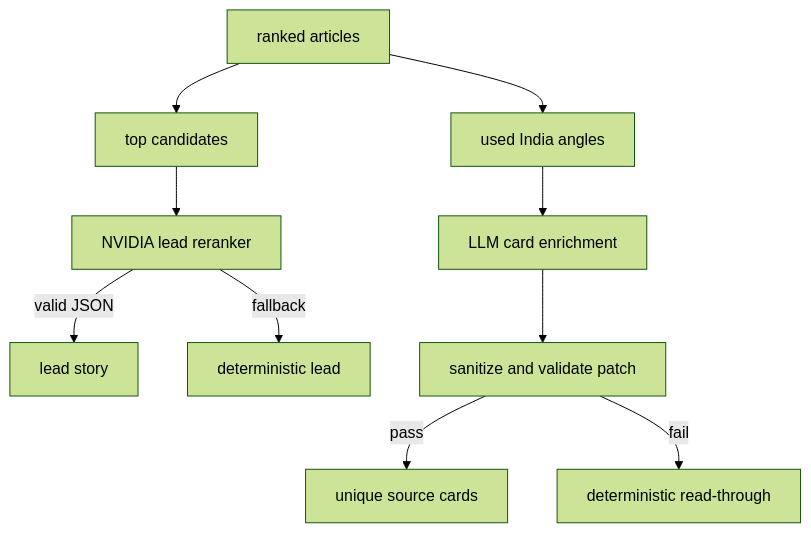
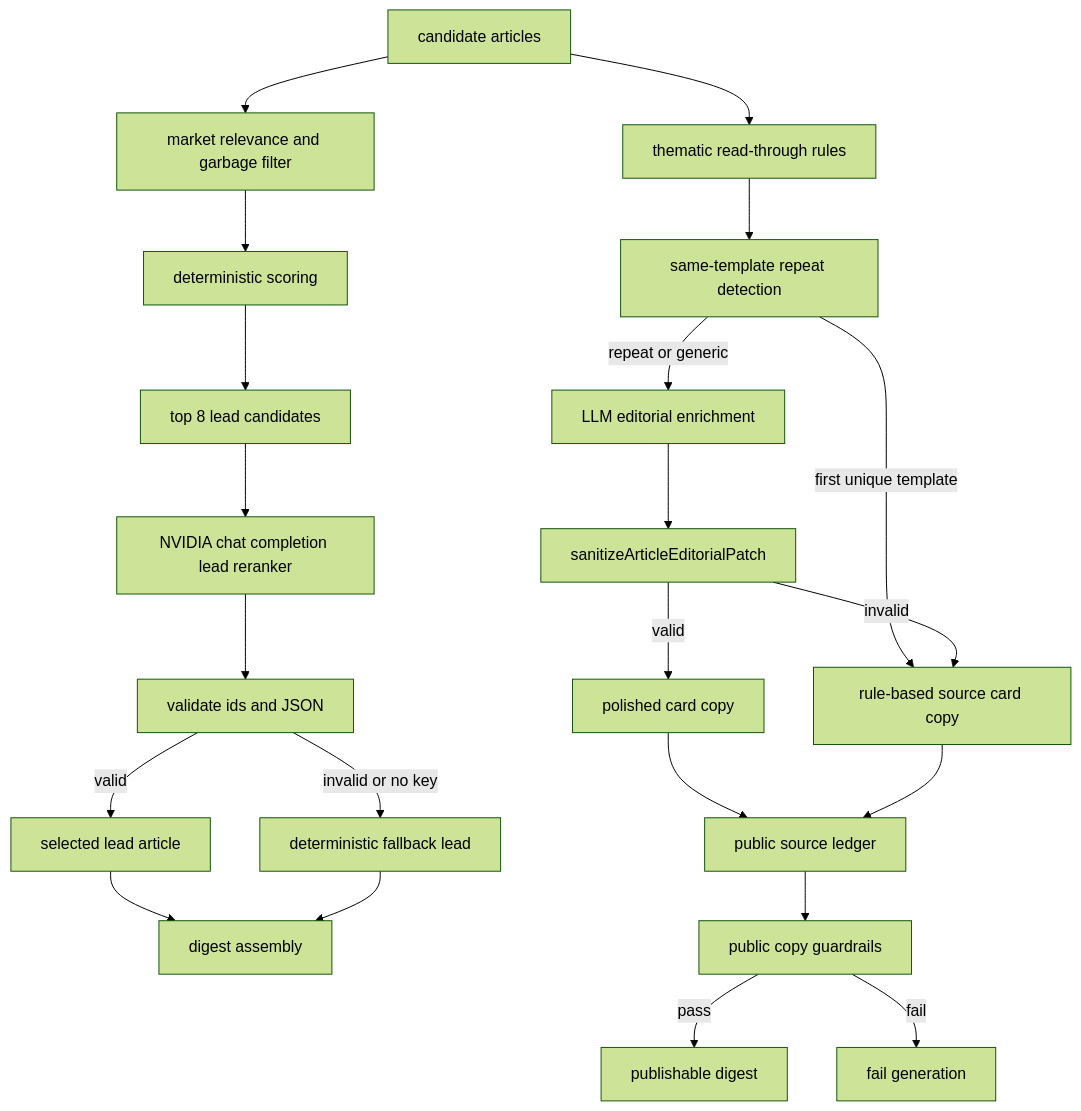
The diagram in context/architecture-diagrams/03-llm-enrichment-pipeline.mmd (Abheydeep/marketNews), drawn with Mermaid (forest theme) before and after one commit. The commit also changed 11 other files, not shown here.

Commit message:
chore(context): improve diagrams and stage logging

```diff
--- a/context/architecture-diagrams/03-llm-enrichment-pipeline.mmd
+++ b/context/architecture-diagrams/03-llm-enrichment-pipeline.mmd
@@ -1,10 +1,25 @@
 flowchart TD
-  Articles[ranked articles] --> Shortlist[top candidates]
-  Shortlist --> LeadAgent[NVIDIA lead reranker]
-  LeadAgent -->|valid JSON| Lead[lead story]
-  LeadAgent -->|fallback| Deterministic[deterministic lead]
-  Articles --> UsedAngles[used India angles]
-  UsedAngles --> Enricher[LLM card enrichment]
-  Enricher --> Validate[sanitize and validate patch]
-  Validate -->|pass| Cards[unique source cards]
-  Validate -->|fail| Fallback[deterministic read-through]
+  Articles["candidate articles"] --> Filter["market relevance and garbage filter"]
+  Filter --> Score["deterministic scoring"]
+  Score --> Shortlist["top 8 lead candidates"]
+
+  Shortlist --> LeadAgent["NVIDIA chat completion lead reranker"]
+  LeadAgent --> ValidateLead["validate ids and JSON"]
+  ValidateLead -->|valid| Lead["selected lead article"]
+  ValidateLead -->|invalid or no key| DeterministicLead["deterministic fallback lead"]
+
+  Articles --> Templates["thematic read-through rules"]
+  Templates --> RepeatCheck["same-template repeat detection"]
+  RepeatCheck -->|first unique template| DeterministicCopy["rule-based source card copy"]
+  RepeatCheck -->|repeat or generic| EditorialAgent["LLM editorial enrichment"]
+  EditorialAgent --> Sanitize["sanitizeArticleEditorialPatch"]
+  Sanitize -->|valid| Polished["polished card copy"]
+  Sanitize -->|invalid| DeterministicCopy
+
+  Lead --> Digest["digest assembly"]
+  DeterministicLead --> Digest
+  Polished --> SourceLedger["public source ledger"]
+  DeterministicCopy --> SourceLedger
+  SourceLedger --> CopyGuard["public copy guardrails"]
+  CopyGuard -->|pass| Publishable["publishable digest"]
+  CopyGuard -->|fail| Stop["fail generation"]
```
